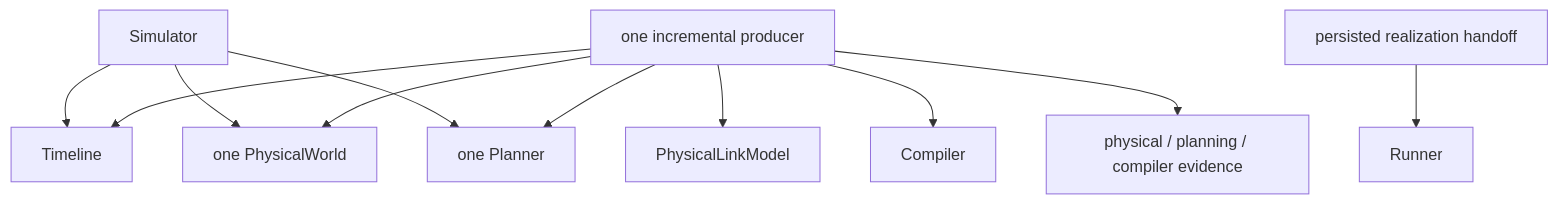
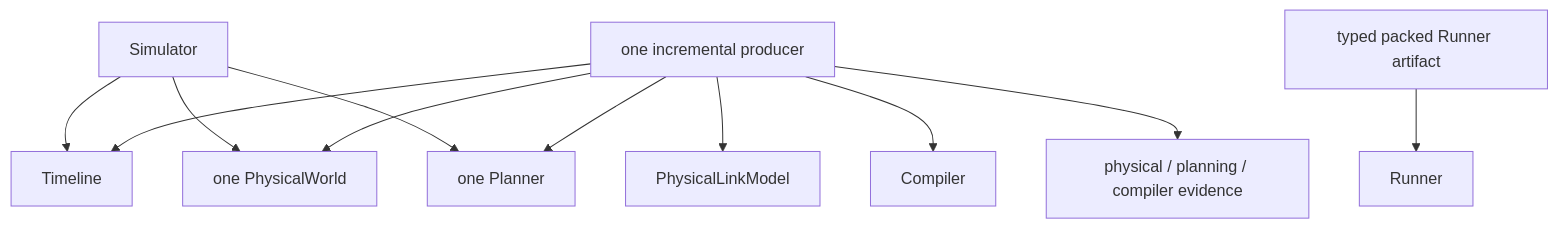
One commit to seed-labs/skyseed changed the second of 2 diagrams in skyseed_v2/docs/human-readable/system-overview.md. Above: the diagram before and after it, drawn with Mermaid. The commit also changed other lines of this file and 77 other files, not shown here.

````diff
--- a/skyseed_v2/docs/human-readable/system-overview.md
+++ b/skyseed_v2/docs/human-readable/system-overview.md
@@ -49,13 +51,13 @@
 ```mermaid
 flowchart TB
     SIM["Simulator"] --> TL["Timeline"]
     SIM --> PW["one PhysicalWorld"]
     SIM --> PL["one Planner"]
     PROD["one incremental producer"] --> TL
     PROD --> PW
     PROD --> PL
     PROD --> PHY["PhysicalLinkModel"]
     PROD --> COMP["Compiler"]
     PROD --> EVID["physical / planning / compiler evidence"]
-    HANDOFF["persisted realization handoff"] --> RUN["Runner"]
+    ART["typed packed Runner artifact"] --> RUN["Runner"]
 ```
````
